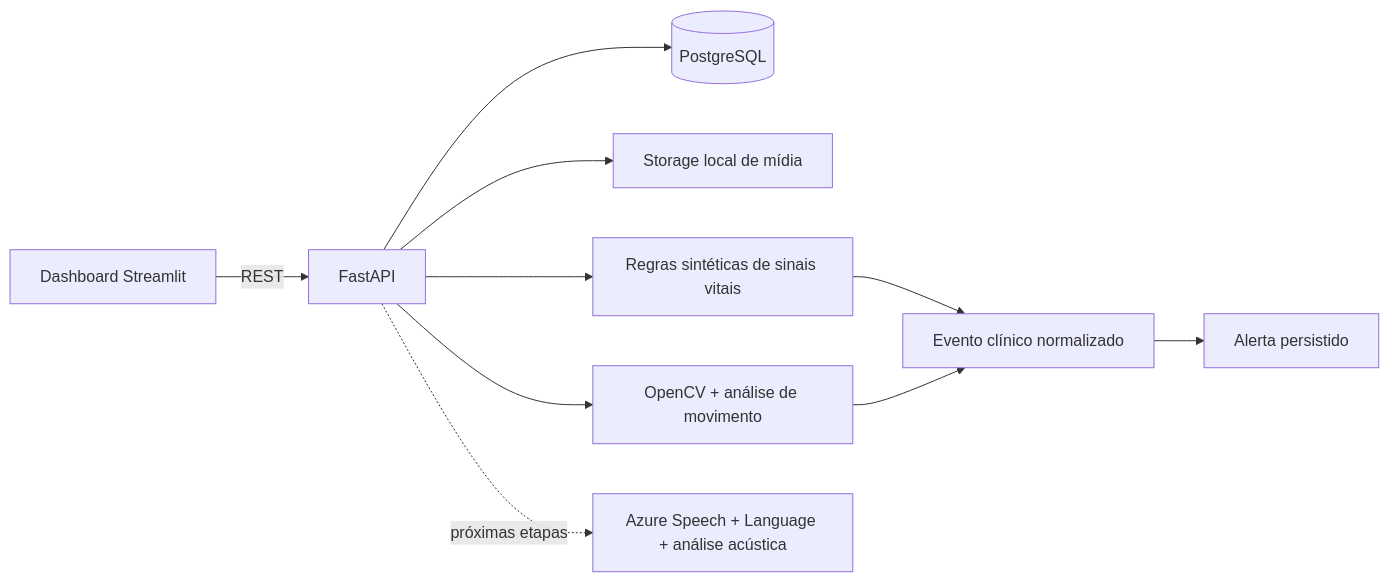
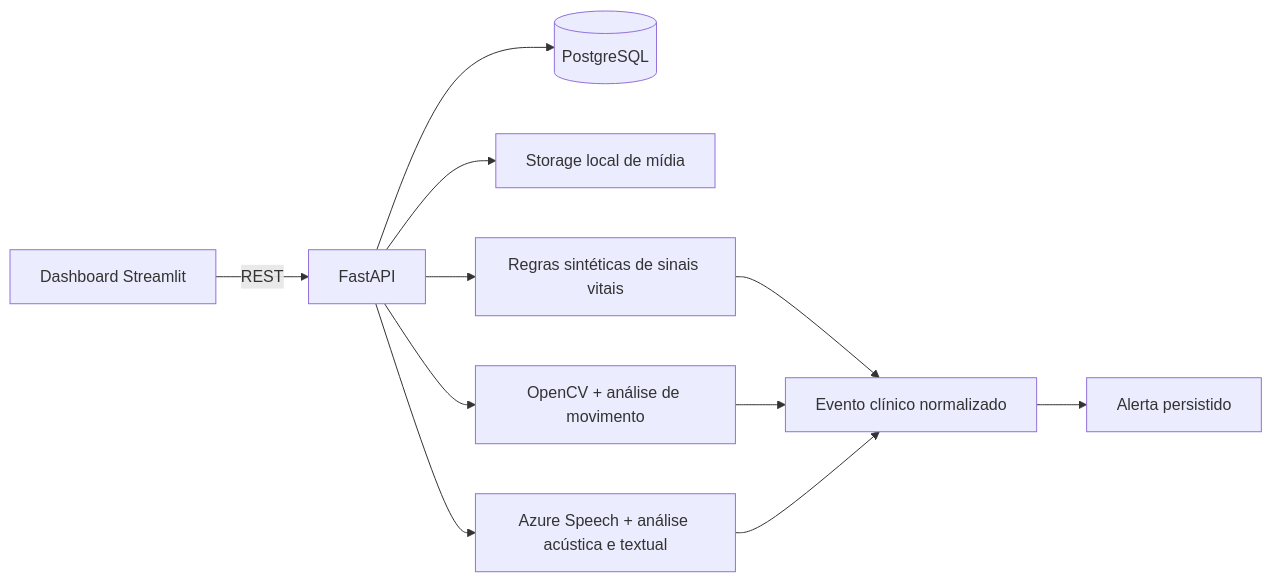
Before and after one commit to mo1sess/tech-challenge-fiap-fase-4: the diagram in README.md, drawn with Mermaid. The commit also changed other lines of this file and 14 other files, not shown here.

````diff
--- a/README.md
+++ b/README.md
@@ -26,12 +29,13 @@
 ```mermaid
 flowchart LR
     UI[Dashboard Streamlit] -->|REST| API[FastAPI]
     API --> DB[(PostgreSQL)]
     API --> FS[Storage local de mídia]
     API --> VITAL[Regras sintéticas de sinais vitais]
     VITAL --> EVENT[Evento clínico normalizado]
     EVENT --> ALERT[Alerta persistido]
     API --> VIDEO[OpenCV + análise de movimento]
     VIDEO --> EVENT
-    API -. próximas etapas .-> AUDIO[Azure Speech + Language + análise acústica]
+    API --> AUDIO[Azure Speech + análise acústica e textual]
+    AUDIO --> EVENT
 ```
````
